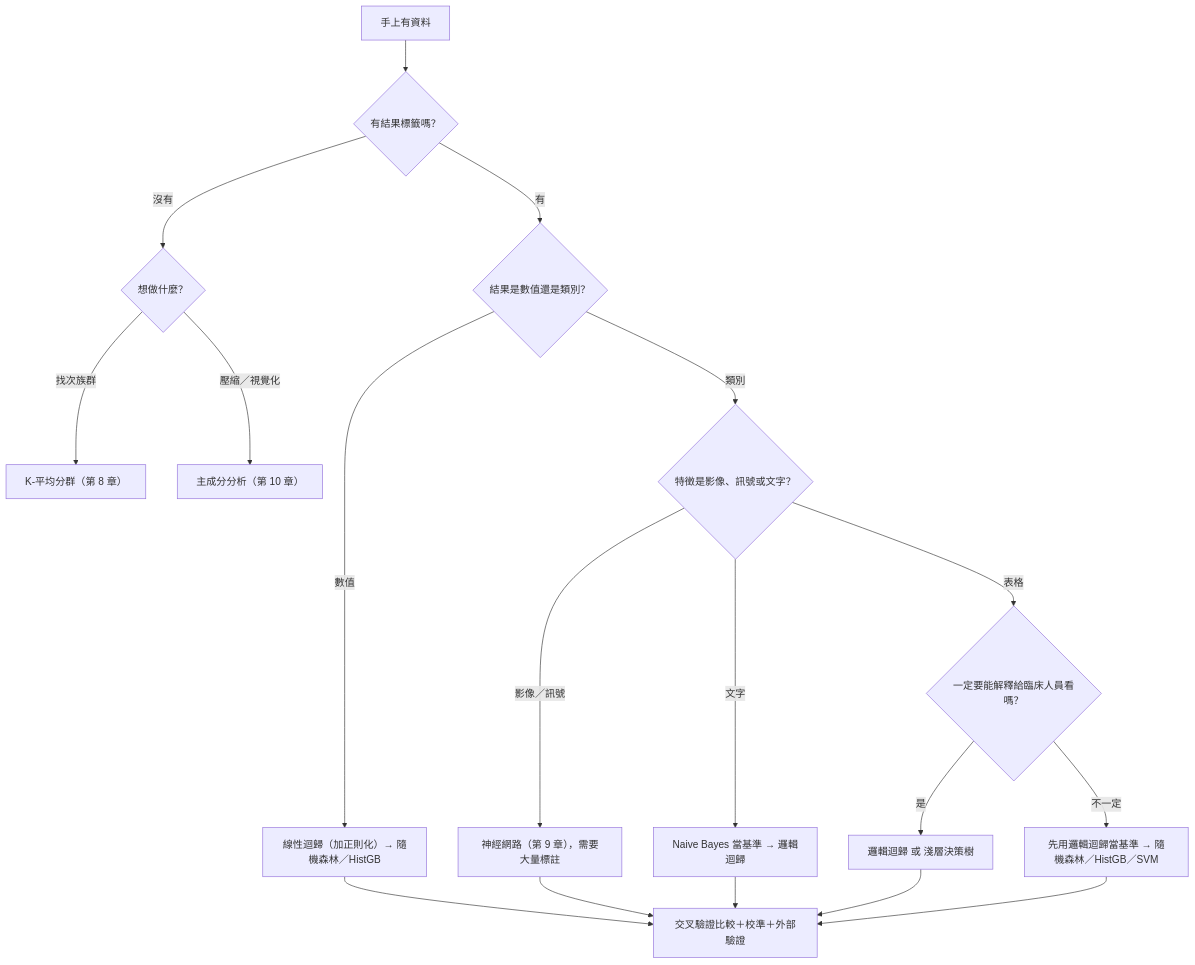
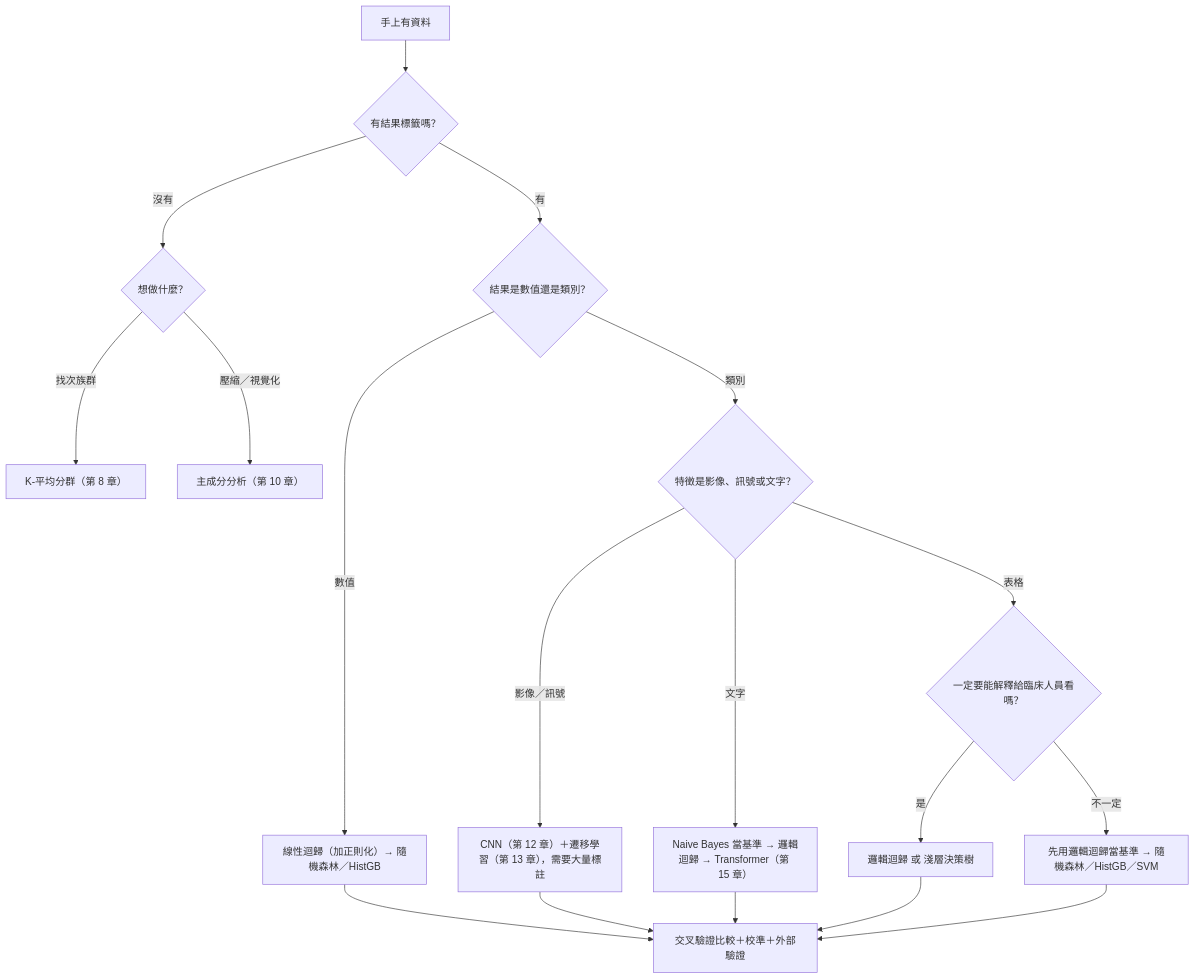
Before and after one commit to fireman333/ml-for-med-students: the diagram in docs/chapters/11-model-selection.md, drawn with Mermaid. The commit also changed other lines of this file and 33 other files, not shown here.

First line of the commit message:
feat: add Deep Learning part (ch12 CNN, ch13 transfer learning, ch15 Transformer)

````diff
--- a/docs/chapters/11-model-selection.md
+++ b/docs/chapters/11-model-selection.md
@@ -55,20 +55,20 @@
 ```mermaid
 flowchart TD
     A["手上有資料"] --> B{"有結果標籤嗎？"}
     B -- "沒有" --> C{"想做什麼？"}
     C -- "找次族群" --> C1["K-平均分群（第 8 章）"]
     C -- "壓縮／視覺化" --> C2["主成分分析（第 10 章）"]
     B -- "有" --> D{"結果是數值還是類別？"}
     D -- "數值" --> D1["線性迴歸（加正則化）→ 隨機森林／HistGB"]
     D -- "類別" --> E{"特徵是影像、訊號或文字？"}
-    E -- "影像／訊號" --> E1["神經網路（第 9 章），需要大量標註"]
-    E -- "文字" --> E2["Naive Bayes 當基準 → 邏輯迴歸"]
+    E -- "影像／訊號" --> E1["CNN（第 12 章）＋遷移學習（第 13 章），需要大量標註"]
+    E -- "文字" --> E2["Naive Bayes 當基準 → 邏輯迴歸 → Transformer（第 15 章）"]
     E -- "表格" --> F{"一定要能解釋給臨床人員看嗎？"}
     F -- "是" --> F1["邏輯迴歸 或 淺層決策樹"]
     F -- "不一定" --> F2["先用邏輯迴歸當基準 → 隨機森林／HistGB／SVM"]
     F1 --> G["交叉驗證比較＋校準＋外部驗證"]
     F2 --> G
     D1 --> G
     E1 --> G
     E2 --> G
 ```
````
